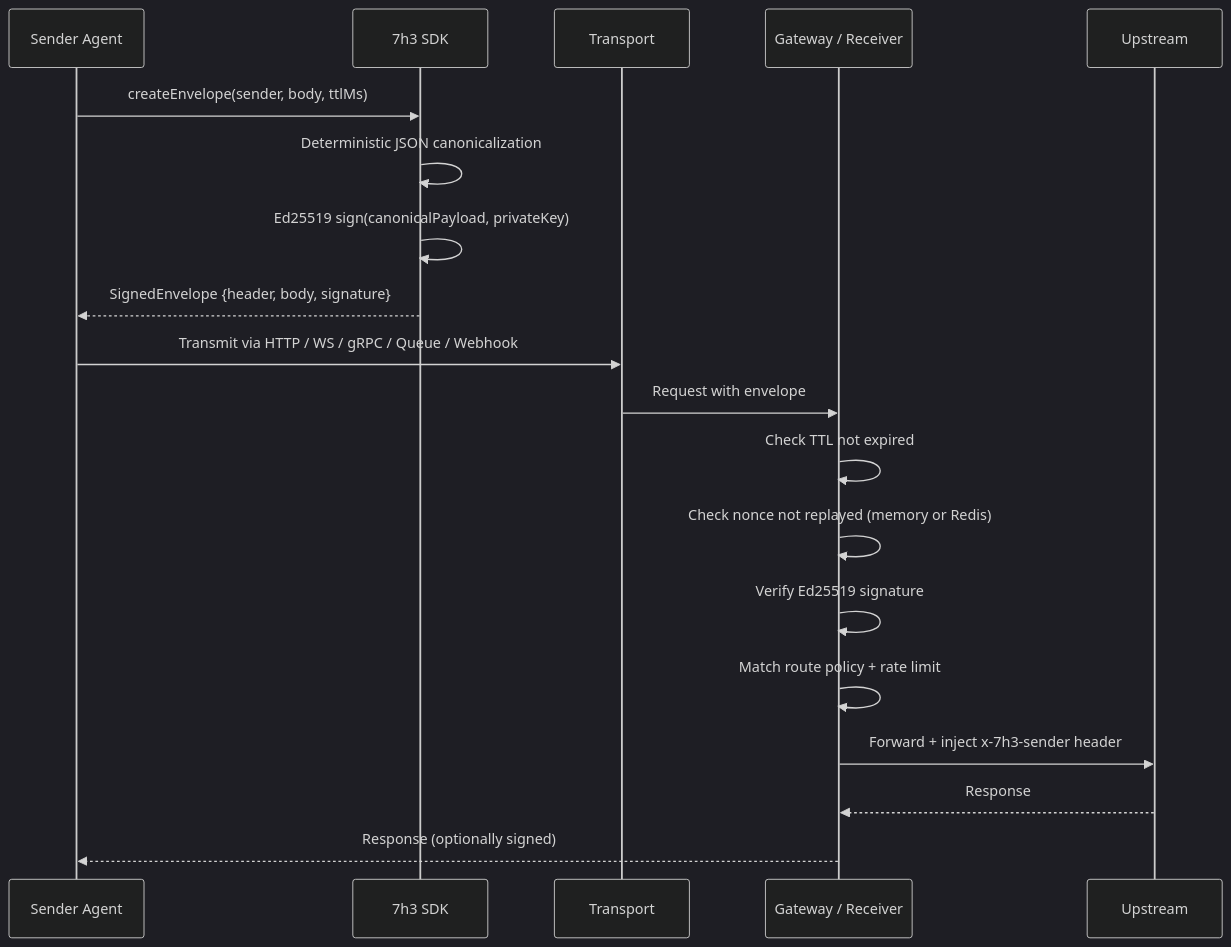
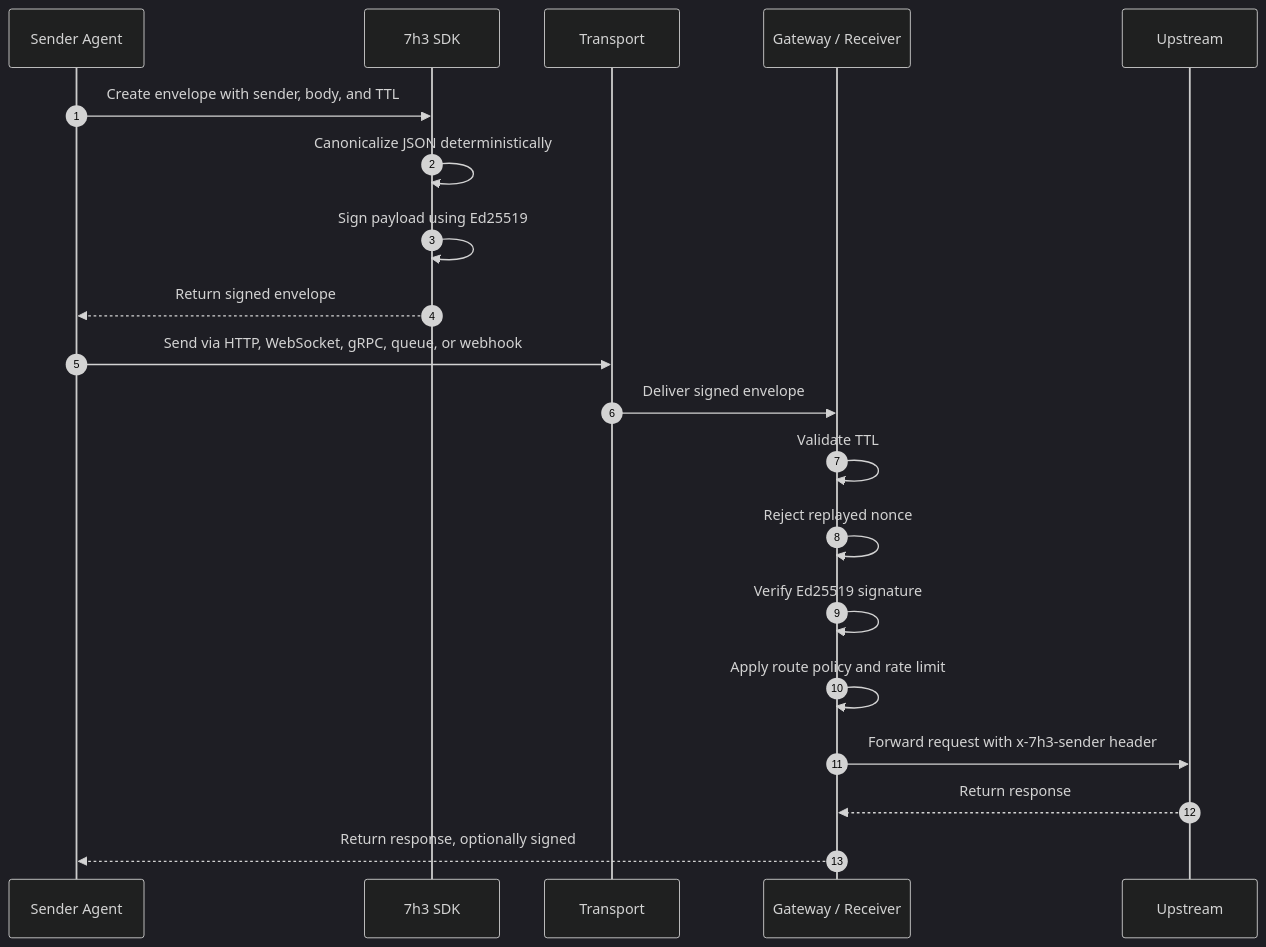
Before and after one commit to IceMasterT/7h3-protocol: the first of 8 diagrams in README.md, drawn with Mermaid (dark theme).

````diff
--- a/README.md
+++ b/README.md
@@ -136,22 +136,27 @@
 ```mermaid
 sequenceDiagram
-    participant S as Sender Agent
-    participant C as 7h3 SDK
-    participant T as Transport
-    participant G as Gateway / Receiver
-    participant U as Upstream
+    autonumber
 
-    S->>C: createEnvelope(sender, body, ttlMs)
-    C->>C: Deterministic JSON canonicalization
-    C->>C: Ed25519 sign(canonicalPayload, privateKey)
-    C-->>S: SignedEnvelope {header, body, signature}
-    S->>T: Transmit via HTTP / WS / gRPC / Queue / Webhook
-    T->>G: Request with envelope
-    G->>G: Check TTL not expired
-    G->>G: Check nonce not replayed (memory or Redis)
-    G->>G: Verify Ed25519 signature
-    G->>G: Match route policy + rate limit
-    G->>U: Forward + inject x-7h3-sender header
-    U-->>G: Response
-    G-->>S: Response (optionally signed)
+    participant Sender as Sender Agent
+    participant SDK as 7h3 SDK
+    participant Transport
+    participant Gateway as Gateway / Receiver
+    participant Upstream
+
+    Sender->>SDK: Create envelope with sender, body, and TTL
+    SDK->>SDK: Canonicalize JSON deterministically
+    SDK->>SDK: Sign payload using Ed25519
+    SDK-->>Sender: Return signed envelope
+
+    Sender->>Transport: Send via HTTP, WebSocket, gRPC, queue, or webhook
+    Transport->>Gateway: Deliver signed envelope
+
+    Gateway->>Gateway: Validate TTL
+    Gateway->>Gateway: Reject replayed nonce
+    Gateway->>Gateway: Verify Ed25519 signature
+    Gateway->>Gateway: Apply route policy and rate limit
+
+    Gateway->>Upstream: Forward request with x-7h3-sender header
+    Upstream-->>Gateway: Return response
+    Gateway-->>Sender: Return response, optionally signed
 ```
````
